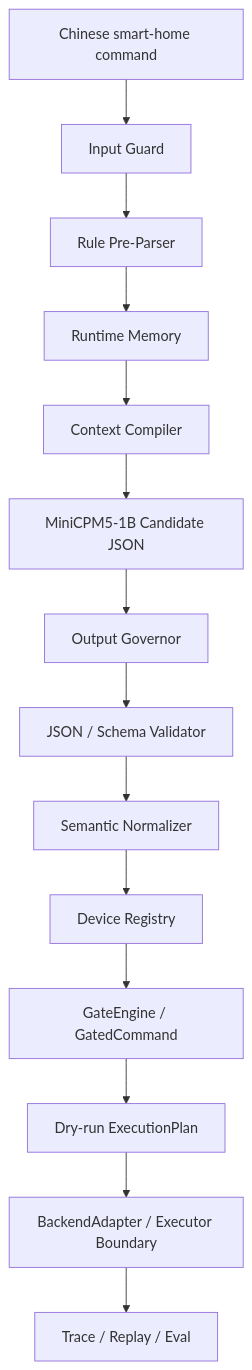
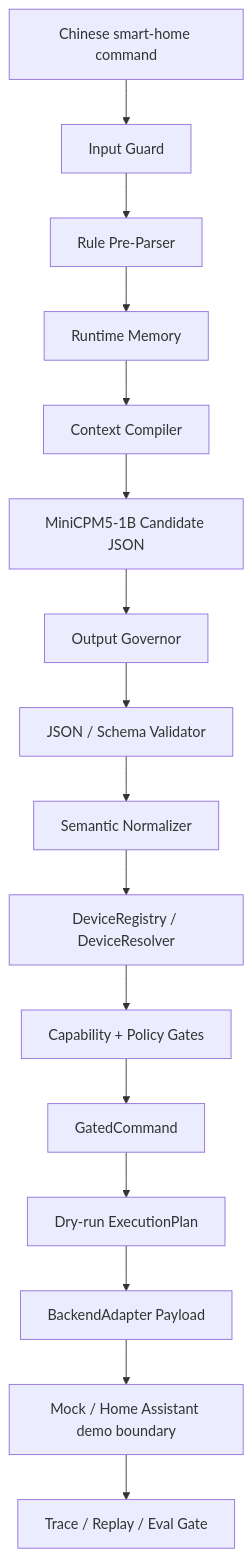
Before and after one commit to yushui2022/EdgeHome-Harness: the diagram in README.md, drawn with Mermaid. The commit also changed other lines of this file and 1 other file, not shown here.

````diff
--- a/README.md
+++ b/README.md
@@ -192,16 +230,18 @@
 ```mermaid
 flowchart TD
     A["Chinese smart-home command"] --> B["Input Guard"]
     B --> C["Rule Pre-Parser"]
     C --> D["Runtime Memory"]
     D --> E["Context Compiler"]
     E --> F["MiniCPM5-1B Candidate JSON"]
     F --> G["Output Governor"]
     G --> H["JSON / Schema Validator"]
     H --> I["Semantic Normalizer"]
-    I --> J["Device Registry"]
-    J --> K["GateEngine / GatedCommand"]
-    K --> L["Dry-run ExecutionPlan"]
-    L --> M["BackendAdapter / Executor Boundary"]
-    M --> N["Trace / Replay / Eval"]
+    I --> J["DeviceRegistry / DeviceResolver"]
+    J --> K["Capability + Policy Gates"]
+    K --> L["GatedCommand"]
+    L --> M["Dry-run ExecutionPlan"]
+    M --> N["BackendAdapter Payload"]
+    N --> O["Mock / Home Assistant demo boundary"]
+    O --> P["Trace / Replay / Eval Gate"]
 ```
````
